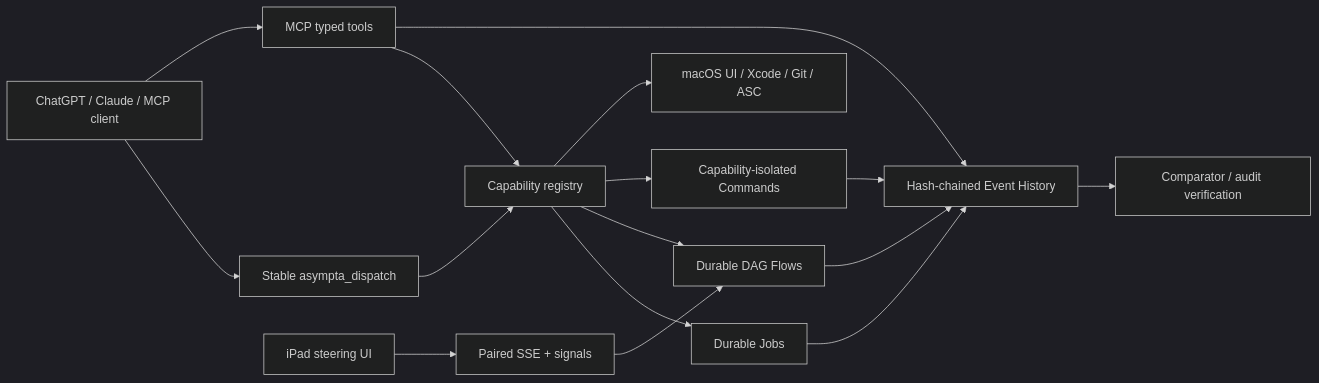
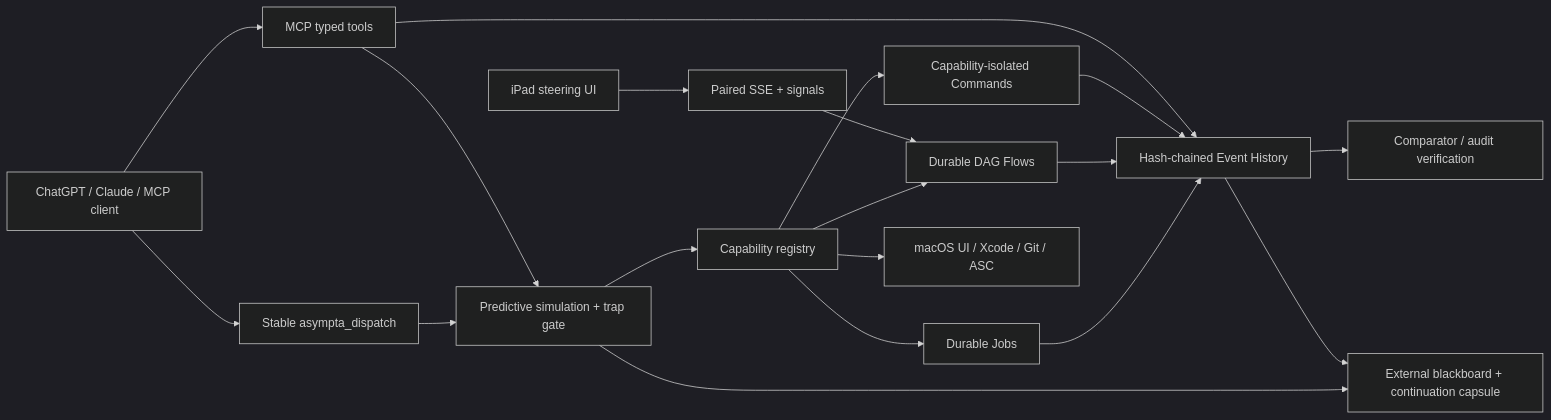
One commit to okok147/asympta-computer-public changed the diagram in docs/ARCHITECTURE_9_5.md. Above: the diagram before and after it, drawn with Mermaid (dark theme). The commit also changed other lines of this file and 8 other files, not shown here.

Commit message:
Publish v0.9 predictive execution and continuation

````diff
--- a/docs/ARCHITECTURE_9_5.md
+++ b/docs/ARCHITECTURE_9_5.md
@@ -7,18 +7,21 @@
 ```mermaid
 flowchart LR
   C[ChatGPT / Claude / MCP client] --> D[Stable asympta_dispatch]
   C --> M[MCP typed tools]
-  D --> R[Capability registry]
-  M --> R
+  D --> P[Predictive simulation + trap gate]
+  M --> P
+  P --> R[Capability registry]
+  P --> B[External blackboard + continuation capsule]
   R --> J[Durable Jobs]
   R --> F[Durable DAG Flows]
   R --> X[Capability-isolated Commands]
   R --> UI[macOS UI / Xcode / Git / ASC]
   I[iPad steering UI] --> S[Paired SSE + signals]
   S --> F
   J --> E[Hash-chained Event History]
   F --> E
   X --> E
   M --> E
   E --> V[Comparator / audit verification]
+  E --> B
 ```
````
